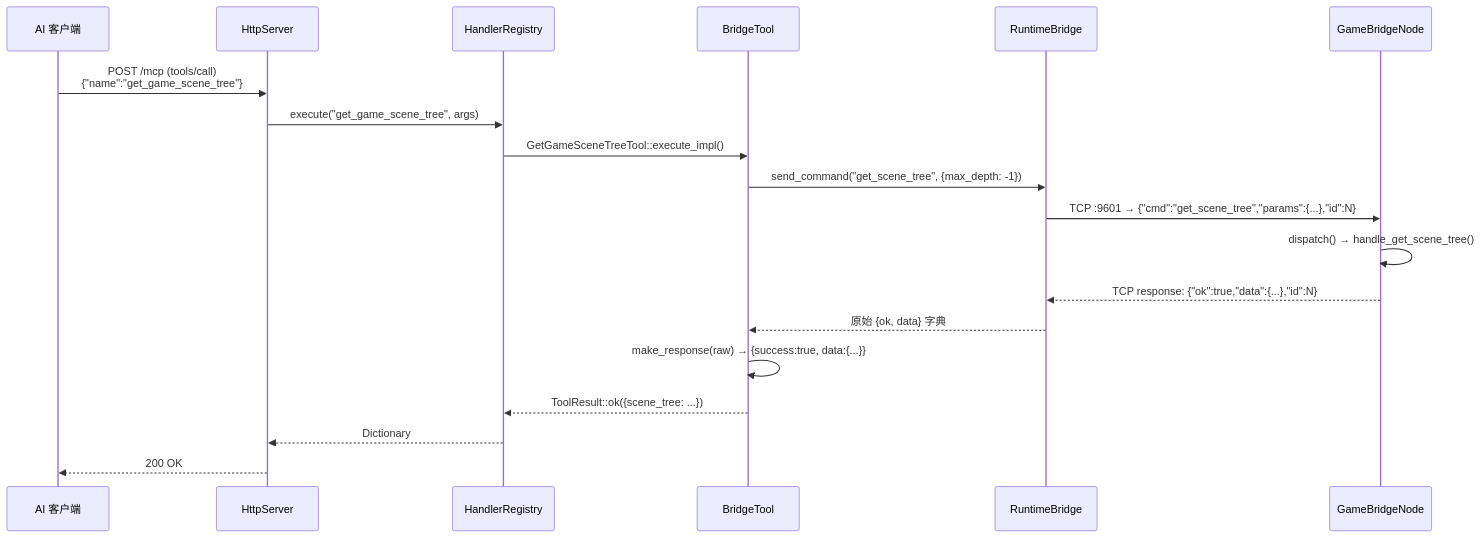
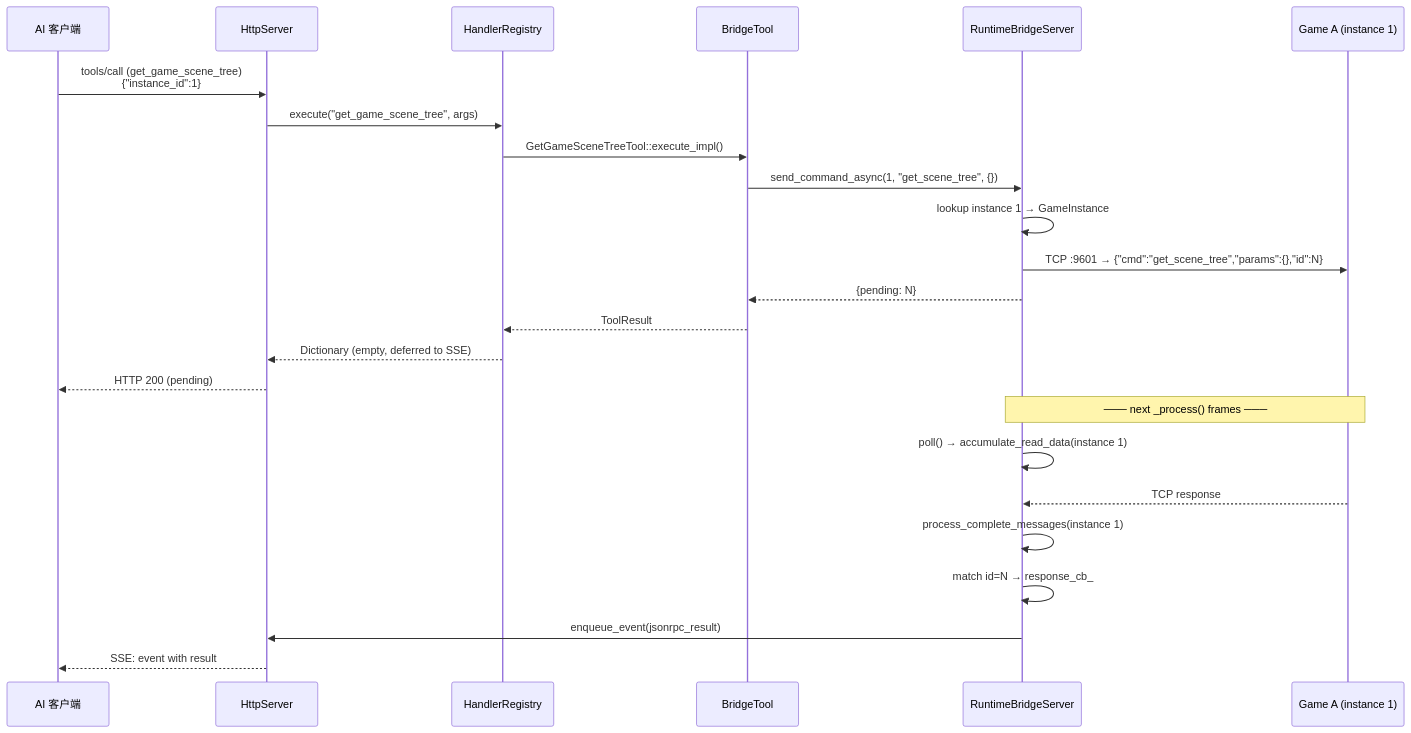
The second of 2 diagrams in .repo_wiki/modules/runtime-bridge.md (jesspig/GodotMCP-GDExtension), drawn with Mermaid before and after one commit. The commit also changed other lines of this file and 30 other files, not shown here.

````diff
--- a/.repo_wiki/modules/runtime-bridge.md
+++ b/.repo_wiki/modules/runtime-bridge.md
@@ -112,22 +90,29 @@
 ```mermaid
 sequenceDiagram
     participant AI as AI 客户端
     participant H as HttpServer
     participant R as HandlerRegistry
-    participant IT as BridgeTool
-    participant RB as RuntimeBridge
-    participant GB as GameBridgeNode
+    participant T as BridgeTool
+    participant S as RuntimeBridgeServer
+    participant G as Game A (instance 1)
 
-    AI->>H: POST /mcp (tools/call)<br/>{"name":"get_game_scene_tree"}
+    AI->>H: tools/call (get_game_scene_tree)<br/>{"instance_id":1}
     H->>R: execute("get_game_scene_tree", args)
-    R->>IT: GetGameSceneTreeTool::execute_impl()
-    IT->>RB: send_command("get_scene_tree", {max_depth: -1})
-    RB->>GB: TCP :9601 → {"cmd":"get_scene_tree","params":{...},"id":N}
-    GB->>GB: dispatch() → handle_get_scene_tree()
-    GB-->>RB: TCP response: {"ok":true,"data":{...},"id":N}
-    RB-->>IT: 原始 {ok, data} 字典
-    IT->>IT: make_response(raw) → {success:true, data:{...}}
-    IT-->>R: ToolResult::ok({scene_tree: ...})
-    R-->>H: Dictionary
-    H-->>AI: 200 OK
+    R->>T: GetGameSceneTreeTool::execute_impl()
+    T->>S: send_command_async(1, "get_scene_tree", {})
+    S->>S: lookup instance 1 → GameInstance
+    S->>G: TCP :9601 → {"cmd":"get_scene_tree","params":{},"id":N}
+    S-->>T: {pending: N}
+    T-->>R: ToolResult
+    R-->>H: Dictionary (empty, deferred to SSE)
+    H-->>AI: HTTP 200 (pending)
+
+    Note over S,G: ─── next _process() frames ───
+
+    S->>S: poll() → accumulate_read_data(instance 1)
+    G-->>S: TCP response
+    S->>S: process_complete_messages(instance 1)
+    S->>S: match id=N → response_cb_
+    S->>H: enqueue_event(jsonrpc_result)
+    H-->>AI: SSE: event with result
 ```
````
